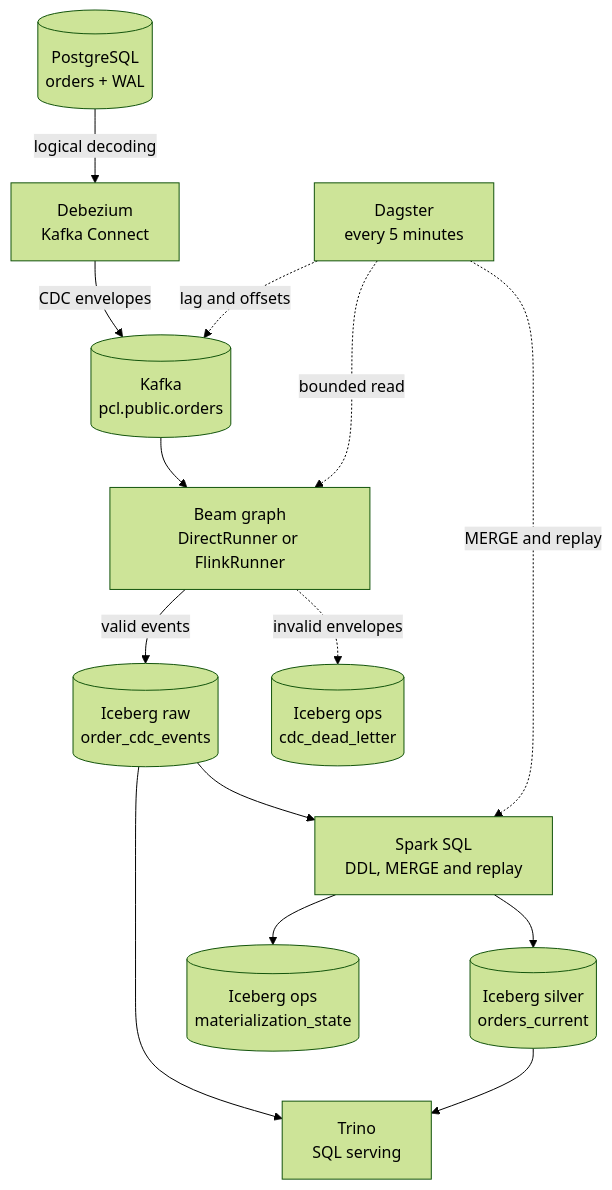
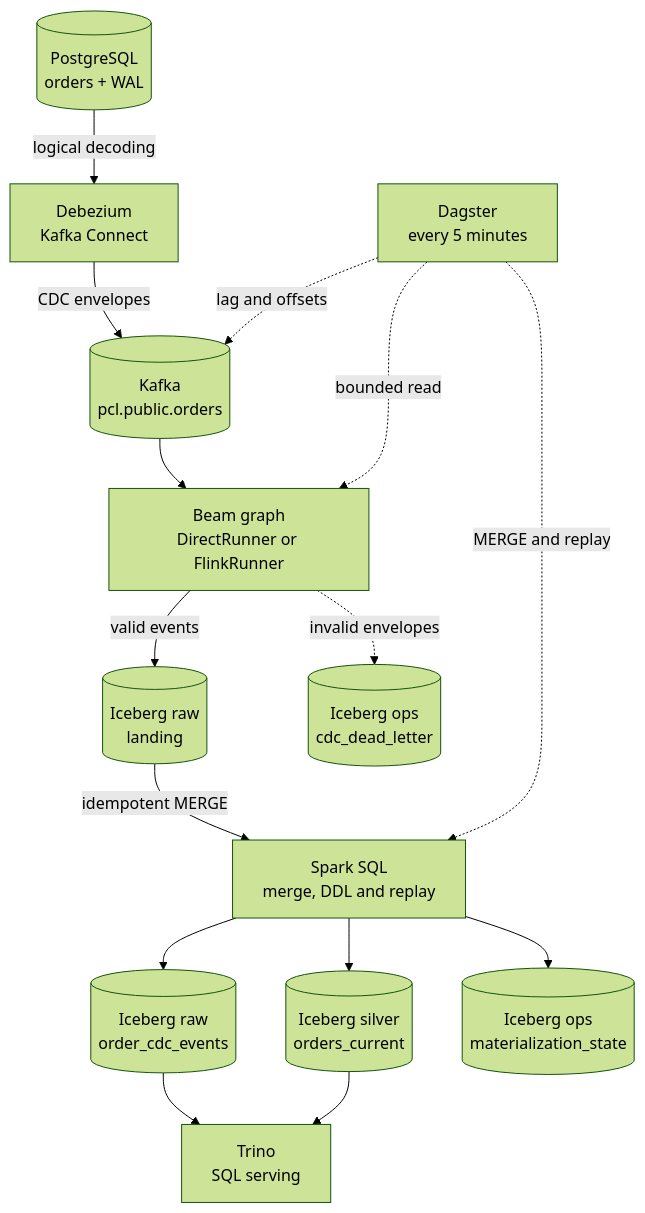
Before and after one commit to sergio11/portable_cdc_lakehouse_poc: the first of 2 diagrams in README.md, drawn with Mermaid (forest theme). The commit also changed other lines of this file and 13 other files, not shown here.

First line of the commit message:
feat(ingest): merge landing deliveries into canonical raw by event_id

````diff
--- a/README.md
+++ b/README.md
@@ -50,20 +51,21 @@
 ```mermaid
 flowchart TD
     PG[(PostgreSQL<br/>orders + WAL)] -->|logical decoding| DBZ[Debezium<br/>Kafka Connect]
     DBZ -->|CDC envelopes| K[(Kafka<br/>pcl.public.orders)]
     K --> BEAM[Beam graph<br/>DirectRunner or FlinkRunner]
 
-    BEAM -->|valid events| RAW[(Iceberg raw<br/>order_cdc_events)]
+    BEAM -->|valid events| LANDING[(Iceberg raw<br/>landing)]
     BEAM -.->|invalid envelopes| DLQ[(Iceberg ops<br/>cdc_dead_letter)]
 
-    RAW --> SPARK[Spark SQL<br/>DDL, MERGE and replay]
+    LANDING -->|idempotent MERGE| SPARK[Spark SQL<br/>merge, DDL and replay]
+    SPARK --> RAW[(Iceberg raw<br/>order_cdc_events)]
     SPARK --> SILVER[(Iceberg silver<br/>orders_current)]
     SPARK --> STATE[(Iceberg ops<br/>materialization_state)]
 
     RAW --> TRINO[Trino<br/>SQL serving]
     SILVER --> TRINO
 
     DAG[Dagster<br/>every 5 minutes] -.->|lag and offsets| K
     DAG -.->|bounded read| BEAM
     DAG -.->|MERGE and replay| SPARK
 ```
````
